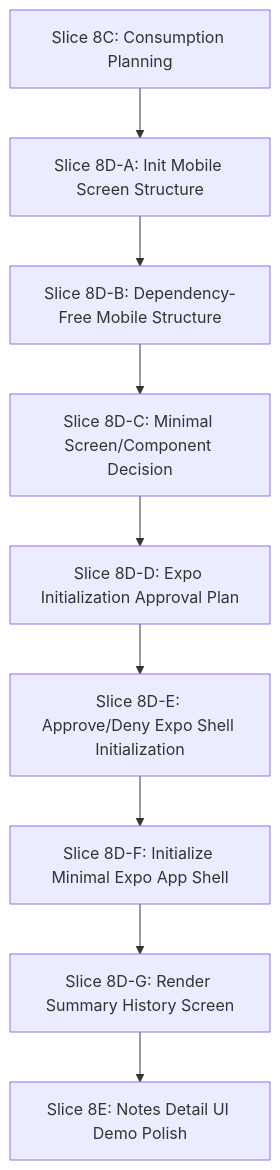
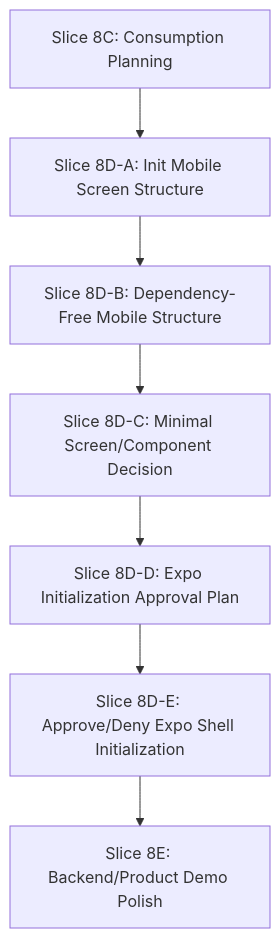
The second of 2 diagrams in docs/summary-history-ui-consumption-plan.md (VThanhNguyen2002/orbit-ai-workspace), drawn with Mermaid before and after one commit. The commit also changed other lines of this file and 5 other files, not shown here.

````diff
--- a/docs/summary-history-ui-consumption-plan.md
+++ b/docs/summary-history-ui-consumption-plan.md
@@ -173,11 +174,9 @@
 ```mermaid
 graph TD
     8C[Slice 8C: Consumption Planning] --> 8DA[Slice 8D-A: Init Mobile Screen Structure]
     8DA --> 8DB[Slice 8D-B: Dependency-Free Mobile Structure]
     8DB --> 8DC[Slice 8D-C: Minimal Screen/Component Decision]
     8DC --> 8DD[Slice 8D-D: Expo Initialization Approval Plan]
     8DD --> 8DE[Slice 8D-E: Approve/Deny Expo Shell Initialization]
-    8DE --> 8DF[Slice 8D-F: Initialize Minimal Expo App Shell]
-    8DF --> 8DG[Slice 8D-G: Render Summary History Screen]
-    8DG --> 8E[Slice 8E: Notes Detail UI Demo Polish]
+    8DE --> 8E[Slice 8E: Backend/Product Demo Polish]
 ```
````
